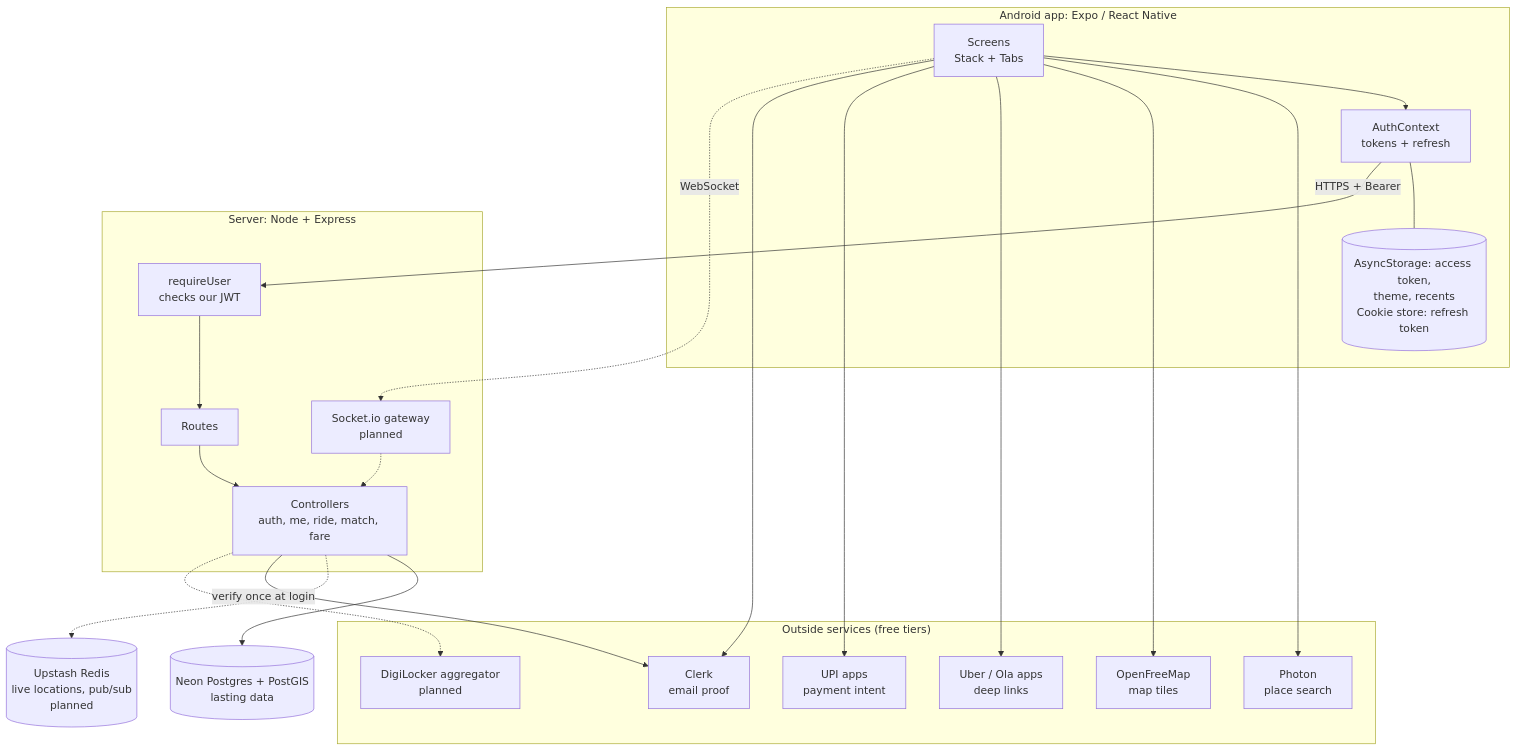
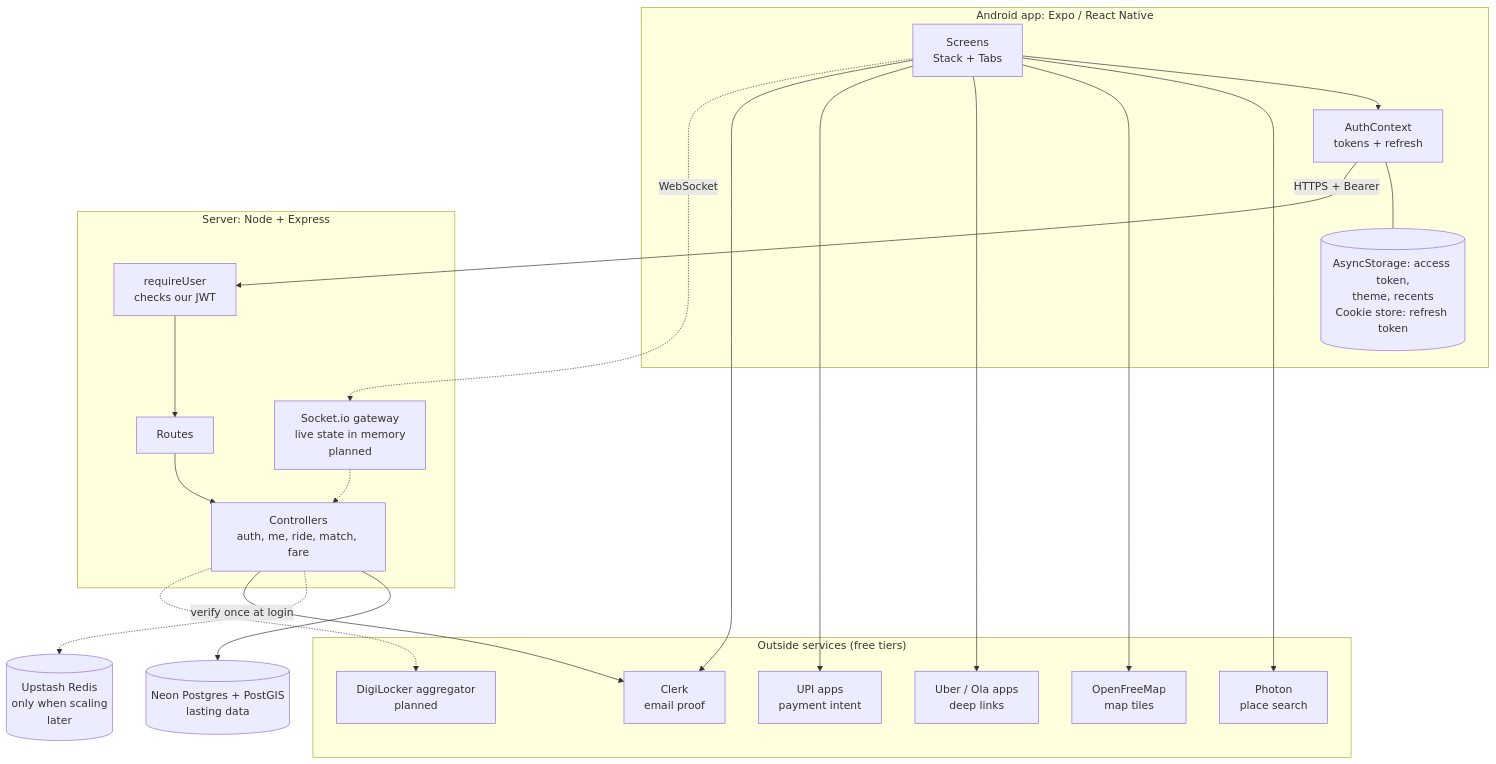
The first of 15 diagrams in README.md (yatinsingh2007/HopShare), drawn with Mermaid before and after one commit. The commit also changed other lines of this file, not shown here.

Commit message:
docs: one server with live state in memory, Redis only when scaling

````diff
--- a/README.md
+++ b/README.md
@@ -72,41 +73,41 @@
 ```mermaid
 flowchart TB
     subgraph Phone["Android app: Expo / React Native"]
         Screens[Screens<br/>Stack + Tabs]
         Auth[AuthContext<br/>tokens + refresh]
         Store[(AsyncStorage: access token,<br/>theme, recents<br/>Cookie store: refresh token)]
     end
 
     subgraph Ext["Outside services (free tiers)"]
         Clerk[Clerk<br/>email proof]
         Photon[Photon<br/>place search]
         Tiles[OpenFreeMap<br/>map tiles]
         CabApps[Uber / Ola apps<br/>deep links]
         UPI[UPI apps<br/>payment intent]
         DL[DigiLocker aggregator<br/>planned]
     end
 
     subgraph API["Server: Node + Express"]
         MW[requireUser<br/>checks our JWT]
         Routes[Routes]
         Services[Controllers<br/>auth, me, ride, match, fare]
-        Sock[Socket.io gateway<br/>planned]
+        Sock[Socket.io gateway<br/>live state in memory<br/>planned]
     end
 
     PG[(Neon Postgres + PostGIS<br/>lasting data)]
-    Redis[(Upstash Redis<br/>live locations, pub/sub<br/>planned)]
+    Redis[(Upstash Redis<br/>only when scaling<br/>later)]
 
     Screens --> Auth
     Auth --- Store
     Screens --> Photon
     Screens --> Tiles
     Screens --> CabApps
     Screens --> UPI
     Screens --> Clerk
     Auth -- HTTPS + Bearer --> MW --> Routes --> Services
     Screens -. WebSocket .-> Sock -.-> Services
     Services --> PG
     Services -.-> Redis
     Services -- verify once at login --> Clerk
     Services -.-> DL
 ```
````
